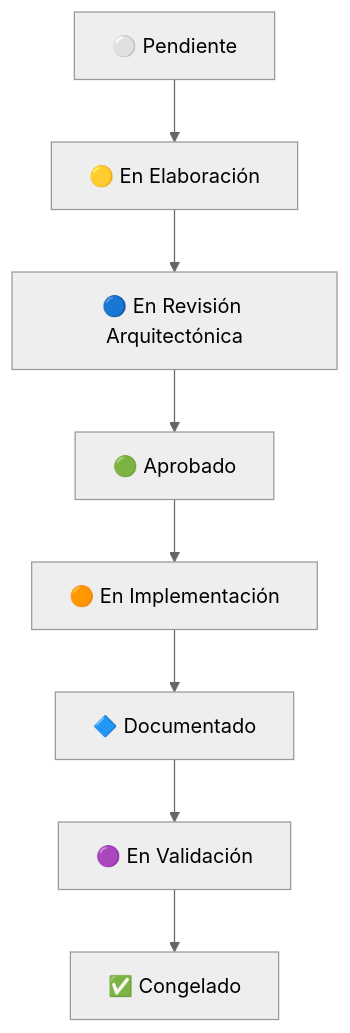
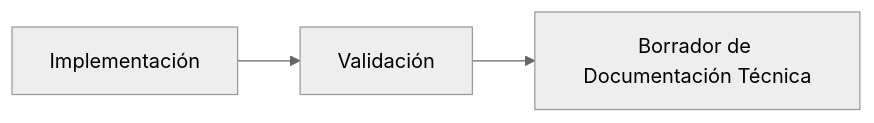
Before and after one commit to EQ-LABS-TECH/ee-monorepo: the third of 5 diagrams in docs/architecture/EE-DOC-002_Document_Design_Template.md, drawn with Mermaid (neutral theme). The commit also changed other lines of this file and 5 other files, not shown here.

````diff
--- a/docs/architecture/EE-DOC-002_Document_Design_Template.md
+++ b/docs/architecture/EE-DOC-002_Document_Design_Template.md
@@ -313,10 +471,4 @@
 ```mermaid
-flowchart TD
-    A["⚪ Pendiente"] --> B["🟡 En Elaboración"]
-    B --> C["🔵 En Revisión Arquitectónica"]
-    C --> D["🟢 Aprobado"]
-    D --> E["🟠 En Implementación"]
-    E --> F["🔷 Documentado"]
-    F --> G["🟣 En Validación"]
-    G --> H["✅ Congelado"]
+flowchart LR
+    A["Implementación"] --> B["Validación"] --> C["Borrador de Documentación Técnica"]
 ```
````
